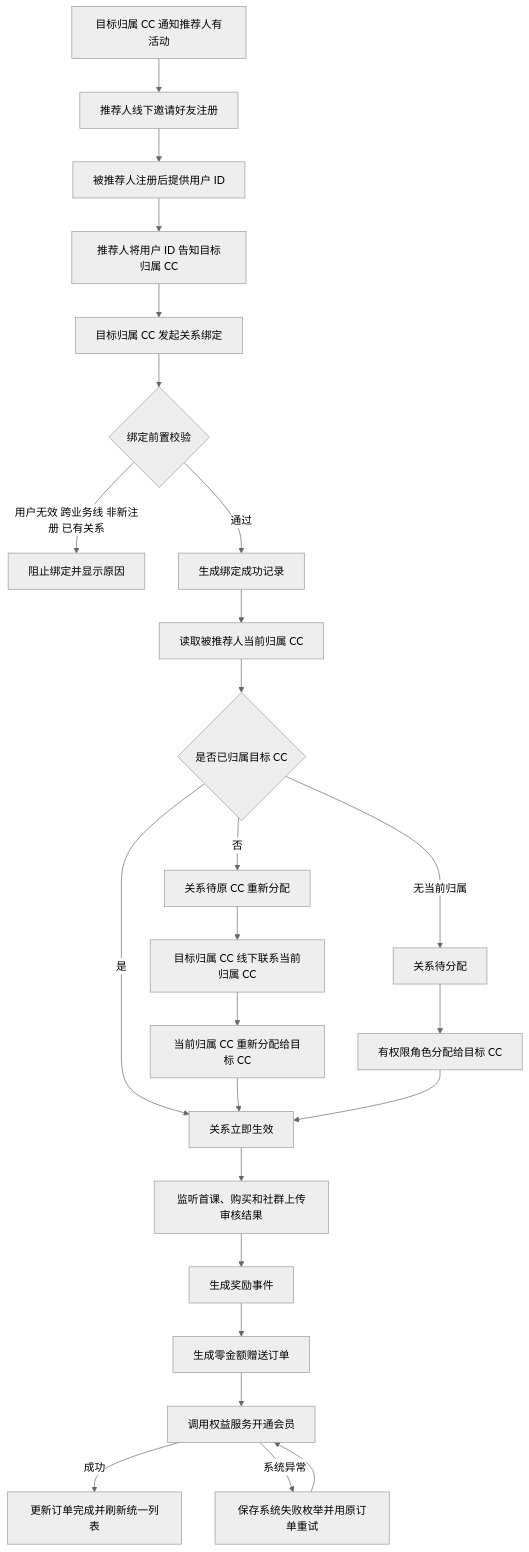
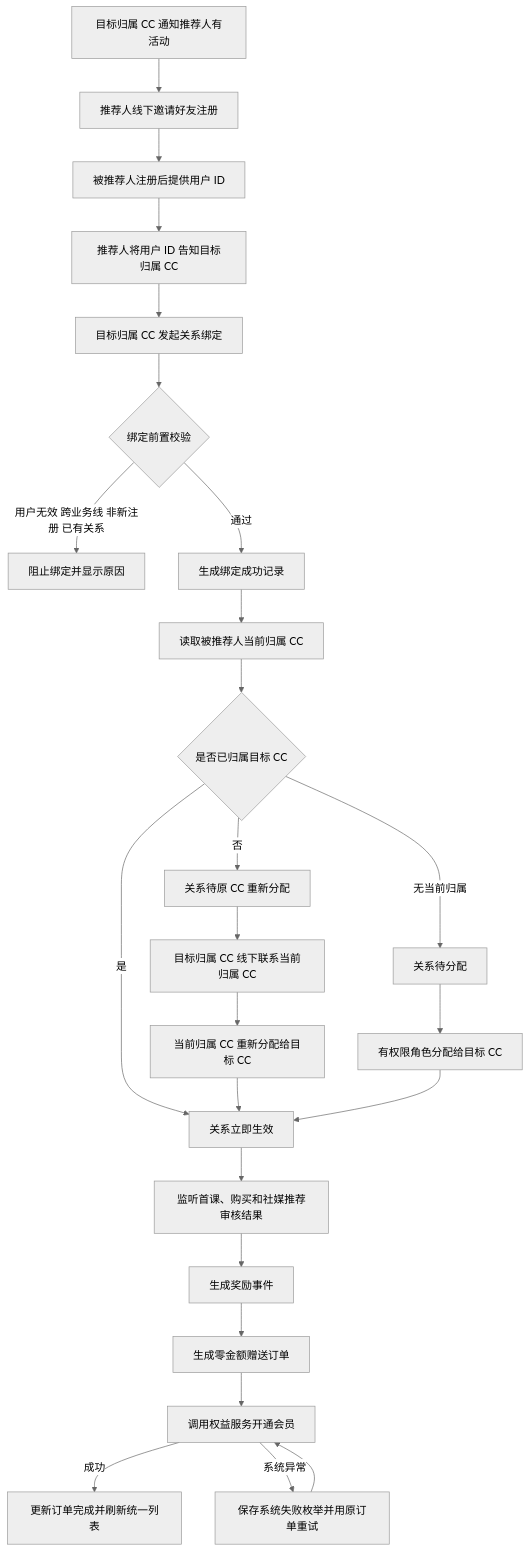
One commit to h3-ai-lab/hhhprd changed the first of 2 diagrams in projects/referral-growth-mvp/prd/PRD.md. Above: the diagram before and after it, drawn with Mermaid (neutral theme). The commit also changed other lines of this file and 12 other files, not shown here.

````diff
--- a/projects/referral-growth-mvp/prd/PRD.md
+++ b/projects/referral-growth-mvp/prd/PRD.md
@@ -66,27 +66,27 @@
 ```mermaid
 flowchart TD
     notify[目标归属 CC 通知推荐人有活动] --> invite[推荐人线下邀请好友注册]
     invite --> detail[被推荐人注册后提供用户 ID]
     detail --> submit[推荐人将用户 ID 告知目标归属 CC]
     submit --> bind[目标归属 CC 发起关系绑定]
     bind --> validate{绑定前置校验}
     validate -->|用户无效 跨业务线 非新注册 已有关系| reject[阻止绑定并显示原因]
     validate -->|通过| record[生成绑定成功记录]
     record --> current[读取被推荐人当前归属 CC]
     current --> same{是否已归属目标 CC}
     same -->|是| active[关系立即生效]
     same -->|否| pending[关系待原 CC 重新分配]
     same -->|无当前归属| unassigned[关系待分配]
     pending --> contact[目标归属 CC 线下联系当前归属 CC]
     contact --> reassign[当前归属 CC 重新分配给目标 CC]
     unassigned --> manager[有权限角色分配给目标 CC]
     reassign --> active
     manager --> active
-    active --> events[监听首课、购买和社群上传审核结果]
+    active --> events[监听首课、购买和社媒推荐审核结果]
     events --> reward[生成奖励事件]
     reward --> gift[生成零金额赠送订单]
     gift --> issue[调用权益服务开通会员]
     issue -->|成功| done[更新订单完成并刷新统一列表]
     issue -->|系统异常| retry[保存系统失败枚举并用原订单重试]
     retry --> issue
 ```
````
